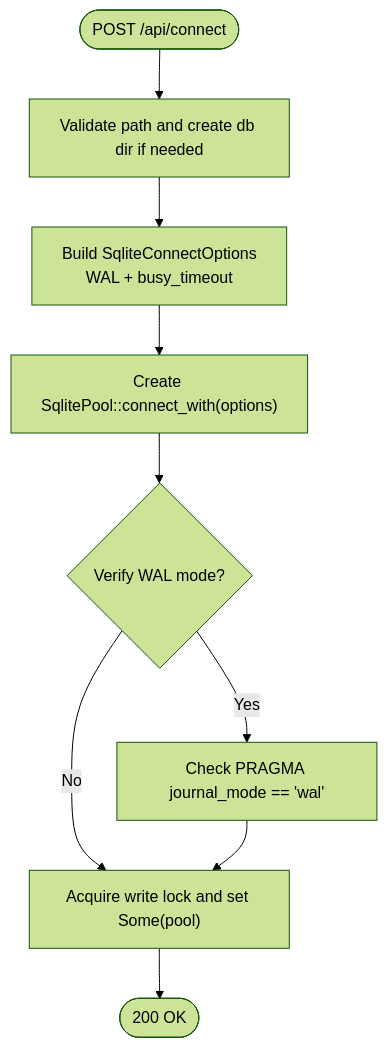
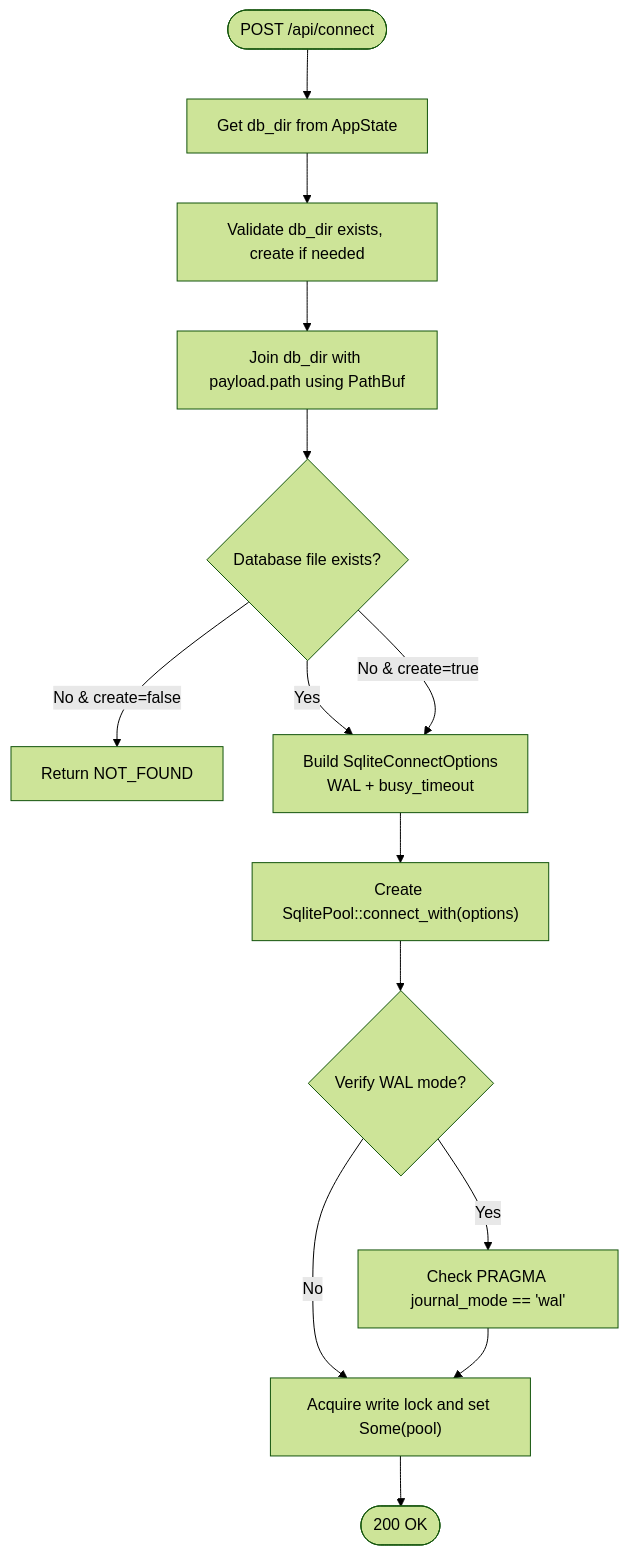
One commit to sutanto1010/crablite changed the fifth of 7 diagrams in .qoder/repowiki/en/content/Backend Development/State Management & Database Connection Pooling.md. Above: the diagram before and after it, drawn with Mermaid (forest theme). The commit also changed other lines of this file and 47 other files, not shown here.

````diff
--- a/.qoder/repowiki/en/content/Backend Development/State Management & Database Connection Pooling.md
+++ b/.qoder/repowiki/en/content/Backend Development/State Management & Database Connection Pooling.md
@@ -157,11 +210,16 @@
 ```mermaid
 flowchart TD
-Start(["POST /api/connect"]) --> Validate["Validate path and create db dir if needed"]
-Validate --> Options["Build SqliteConnectOptions<br/>WAL + busy_timeout"]
+Start(["POST /api/connect"]) --> GetDbDir["Get db_dir from AppState"]
+GetDbDir --> ValidateDir["Validate db_dir exists, create if needed"]
+ValidateDir --> JoinPath["Join db_dir with payload.path using PathBuf"]
+JoinPath --> CheckExists{"Database file exists?"}
+CheckExists --> |No & create=false| NotFound["Return NOT_FOUND"]
+CheckExists --> |Yes| Options["Build SqliteConnectOptions<br/>WAL + busy_timeout"]
+CheckExists --> |No & create=true| Options
 Options --> Connect["Create SqlitePool::connect_with(options)"]
 Connect --> Verify{"Verify WAL mode?"}
 Verify --> |Yes| CheckWAL["Check PRAGMA journal_mode == 'wal'"]
 Verify --> |No| StorePool["Acquire write lock and set Some(pool)"]
 CheckWAL --> StorePool
 StorePool --> Done(["200 OK"])
 ```
````
